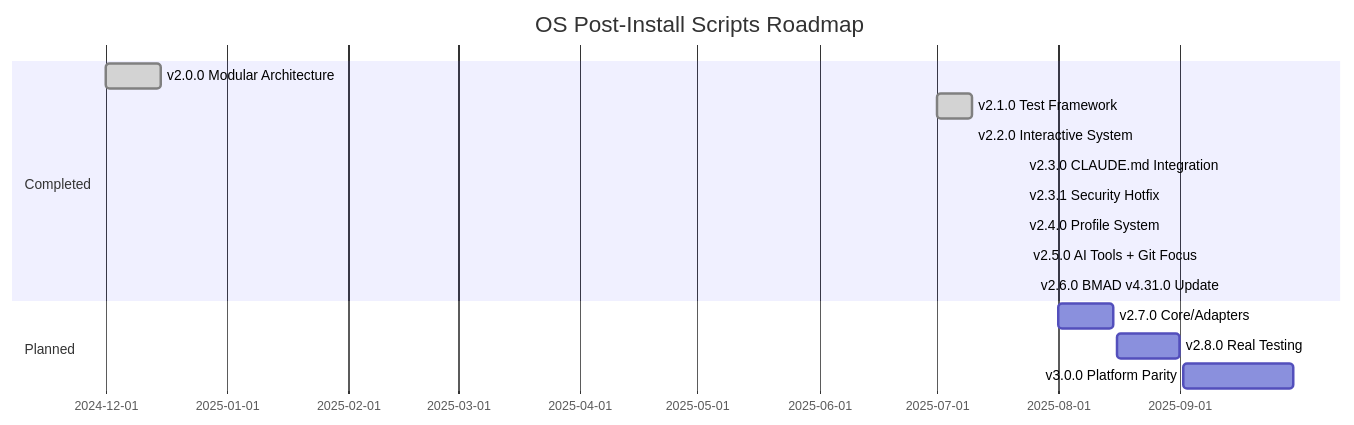
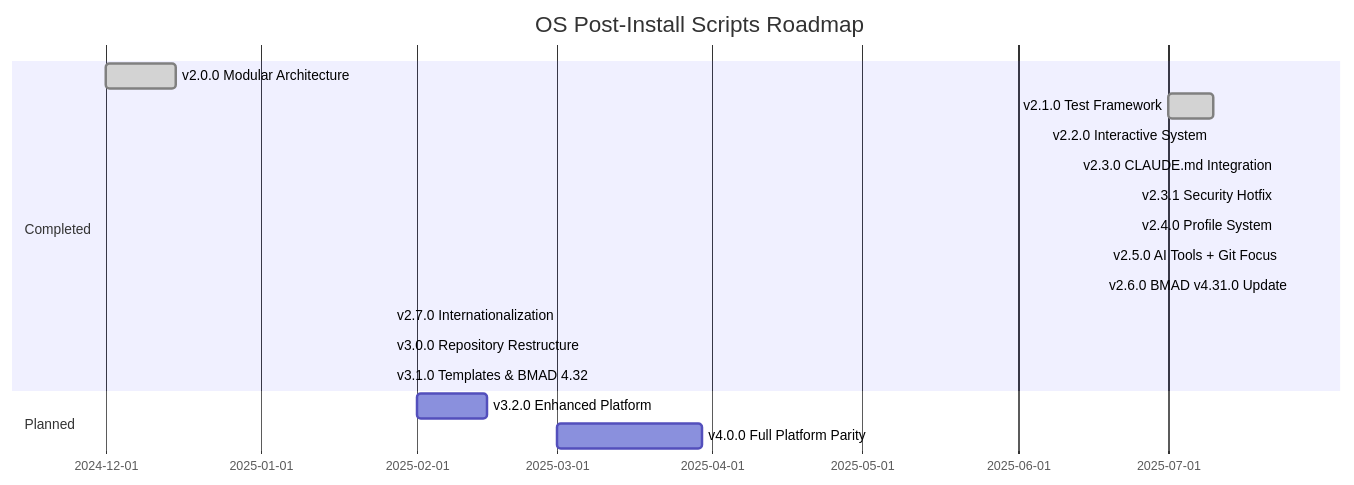
Before and after one commit to BragatteMAS/os-postinstall-scripts: the diagram in ROADMAP.md, drawn with Mermaid. The commit also changed other lines of this file and 11 other files, not shown here.

````diff
--- a/ROADMAP.md
+++ b/ROADMAP.md
@@ -11,18 +11,20 @@
 ```mermaid
 gantt
     title OS Post-Install Scripts Roadmap
     dateFormat YYYY-MM-DD
     section Completed
         v2.0.0 Modular Architecture    :done, 2024-12-01, 2024-12-15
         v2.1.0 Test Framework          :done, 2025-07-01, 2025-07-10
         v2.2.0 Interactive System      :done, 2025-07-10, 2025-07-10
         v2.3.0 CLAUDE.md Integration   :done, 2025-07-23, 2025-07-23
         v2.3.1 Security Hotfix         :done, 2025-07-23, 2025-07-23
         v2.4.0 Profile System          :done, 2025-07-23, 2025-07-23
         v2.5.0 AI Tools + Git Focus    :done, 2025-07-24, 2025-07-24
         v2.6.0 BMAD v4.31.0 Update     :done, 2025-07-26, 2025-07-26
+        v2.7.0 Internationalization   :done, 2025-01-27, 2025-01-27
+        v3.0.0 Repository Restructure  :done, 2025-01-27, 2025-01-27
+        v3.1.0 Templates & BMAD 4.32   :done, 2025-01-27, 2025-01-27
     section Planned
-        v2.7.0 Core/Adapters          :2025-08-01, 2025-08-15
-        v2.8.0 Real Testing           :2025-08-16, 2025-09-01
-        v3.0.0 Platform Parity        :2025-09-02, 2025-09-30
+        v3.2.0 Enhanced Platform       :2025-02-01, 2025-02-15
+        v4.0.0 Full Platform Parity    :2025-03-01, 2025-03-30
 ```
````
